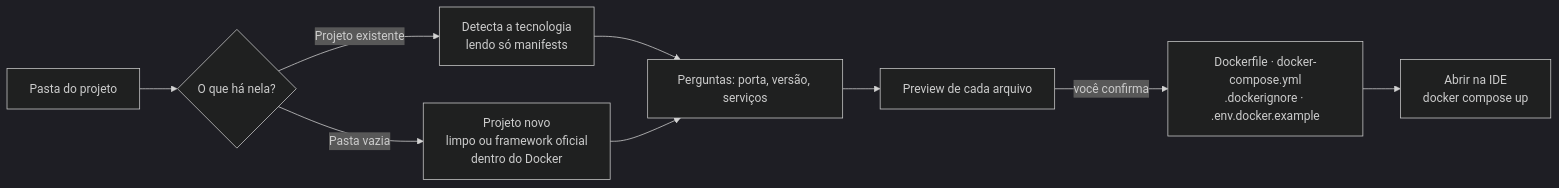
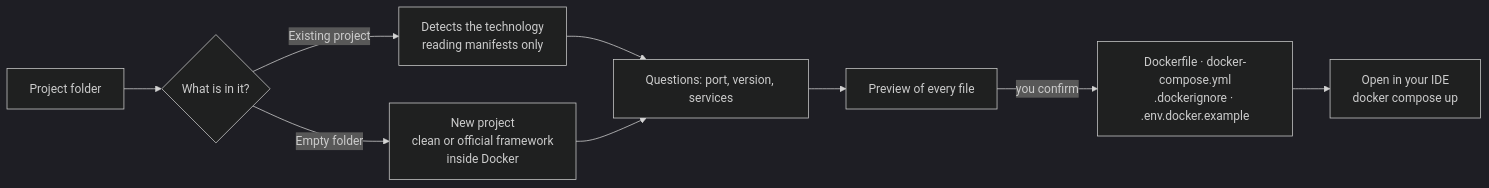
Before and after one commit to joaopanucci/autodock: the diagram in README.md, drawn with Mermaid (dark theme). The commit also changed other lines of this file and 14 other files, not shown here.

````diff
--- a/README.md
+++ b/README.md
@@ -164,11 +166,11 @@
 ```mermaid
 flowchart LR
-  A[Pasta do projeto] --> B{O que há nela?}
-  B -->|Projeto existente| C[Detecta a tecnologia<br/>lendo só manifests]
-  B -->|Pasta vazia| D[Projeto novo<br/>limpo ou framework oficial<br/>dentro do Docker]
-  C --> E[Perguntas: porta, versão, serviços]
+  A[Project folder] --> B{What is in it?}
+  B -->|Existing project| C[Detects the technology<br/>reading manifests only]
+  B -->|Empty folder| D[New project<br/>clean or official framework<br/>inside Docker]
+  C --> E[Questions: port, version, services]
   D --> E
-  E --> F[Preview de cada arquivo]
-  F -->|você confirma| G[Dockerfile · docker-compose.yml<br/>.dockerignore · .env.docker.example]
-  G --> H[Abrir na IDE<br/>docker compose up]
+  E --> F[Preview of every file]
+  F -->|you confirm| G[Dockerfile · docker-compose.yml<br/>.dockerignore · .env.docker.example]
+  G --> H[Open in your IDE<br/>docker compose up]
 ```
````
